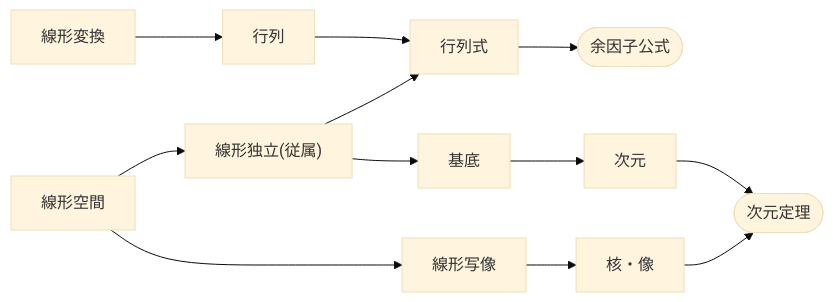
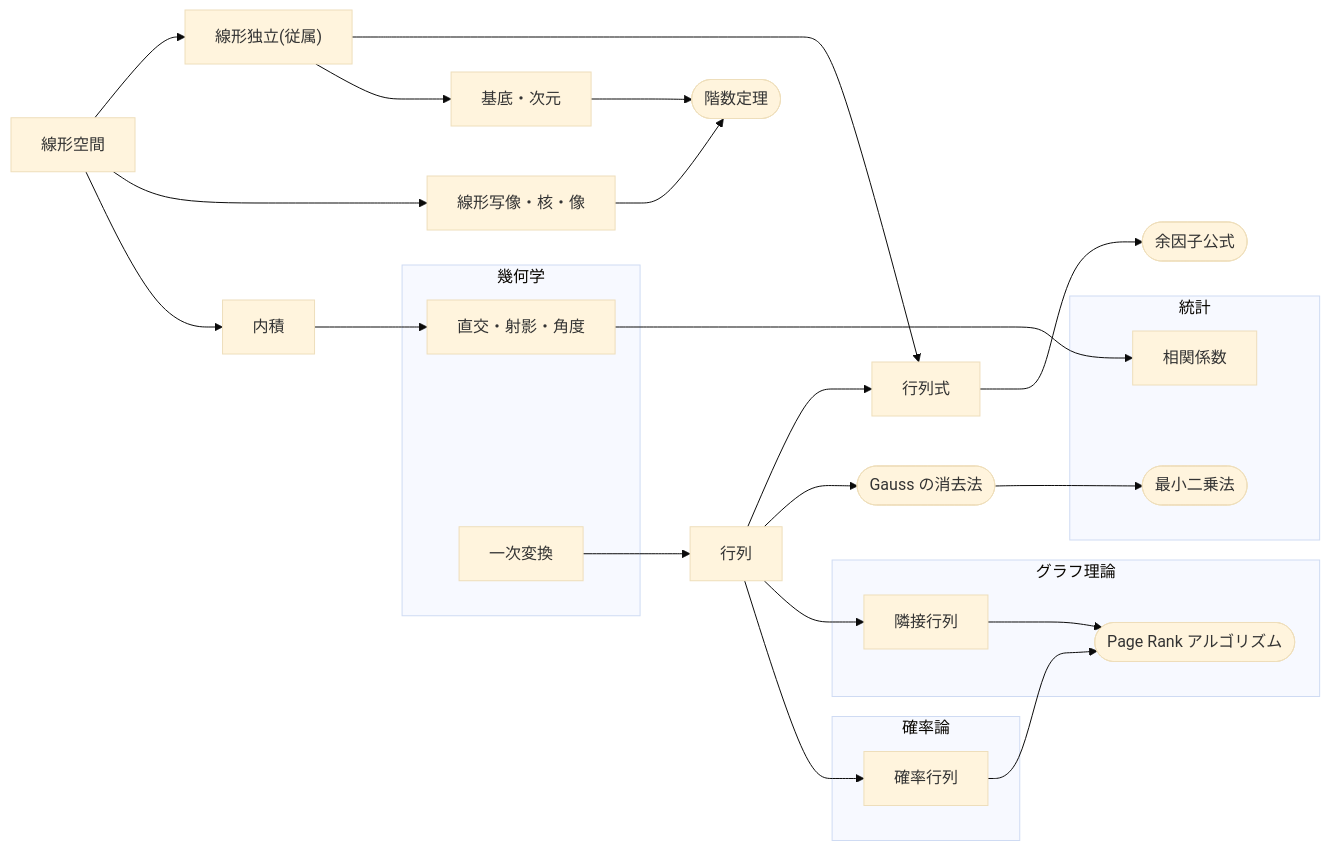
Before and after one commit to Seasawher/math-roadmap: the diagram in content/linear_algebra.md, drawn with Mermaid (base theme). The commit also changed other lines of this file, not shown here.

Commit message:
線形代数を進捗させる

````diff
--- a/content/linear_algebra.md
+++ b/content/linear_algebra.md
@@ -5,23 +5,43 @@
 ```mermaid
 flowchart LR
-  linear_transformation["線形変換"]
   linear_space["線形空間"]
   matrix["行列"]
   determinant["行列式"]
   linearly_independent["線形独立(従属)"]
-  base["基底"]
-  linear_map["線形写像"]
+  base["基底・次元"]
+  linear_map["線形写像・核・像"]
   cofactor_formula(["余因子公式"])
-  dimension["次元"]
-  kernel_image["核・像"]
-  dimension_theory(["次元定理"])
+  dimension_theorem(["階数定理"])
+  gaussian_elimination(["Gauss の消去法"])
+  inner_product["内積"]
+  subgraph "確率論"
+    stochastic_mat["確率行列"]
+  end
+  subgraph "統計"
+    least_squares(["最小二乗法"])
+    correlation["相関係数"]
+  end
+  subgraph "グラフ理論"
+    adjacency_matrix["隣接行列"]
+    page_rank(["Page Rank アルゴリズム"])
+  end
+  subgraph "幾何学"
+    orthogonal["直交・射影・角度"]
+    linear_transformation["一次変換"]
+  end
+  adjacency_matrix & stochastic_mat --> page_rank
+  matrix --> stochastic_mat
+  orthogonal --> correlation
+  linear_space --> inner_product
+  inner_product --> orthogonal
+  determinant --> cofactor_formula
+  base & linear_map --> dimension_theorem
+  gaussian_elimination --> least_squares
+  linear_space --> linear_map
   linear_space --> linearly_independent
+  linear_transformation --> matrix
+  linearly_independent --> base
+  matrix --> adjacency_matrix
+  matrix --> gaussian_elimination
   matrix & linearly_independent --> determinant
-  linearly_independent --> base
-  determinant --> cofactor_formula
-  base --> dimension
-  linear_space --> linear_map
-  linear_map --> kernel_image
-  linear_transformation --> matrix
-  dimension & kernel_image --> dimension_theory
 ```
````
